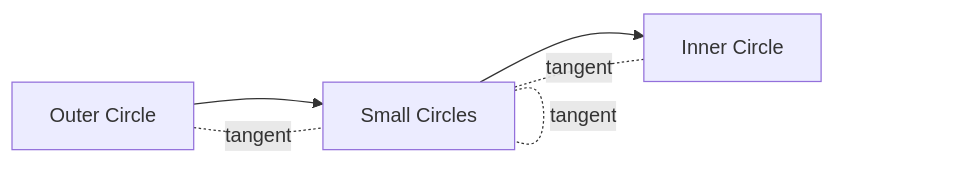
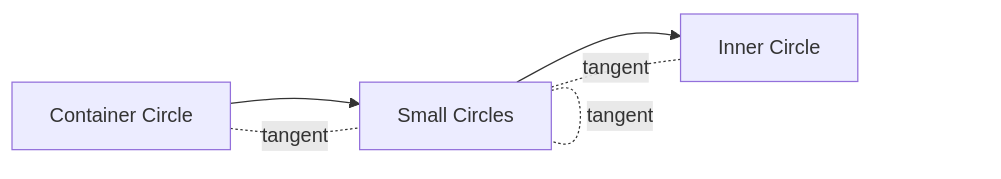
The fourth of 5 diagrams in src/charts/docs/mandalaChart.md (dlaliberte/devize), drawn with Mermaid before and after one commit. The commit also changed other lines of this file and 18 other files, not shown here.

````diff
--- a/src/charts/docs/mandalaChart.md
+++ b/src/charts/docs/mandalaChart.md
@@ -98,9 +174,9 @@
 ```mermaid
 graph LR
-    A[Outer Circle] --> B[Small Circles]
+    A[Container Circle] --> B[Small Circles]
     B --> C[Inner Circle]
 
     A -.tangent.- B
     B -.tangent.- B
     B -.tangent.- C
 ```
````
